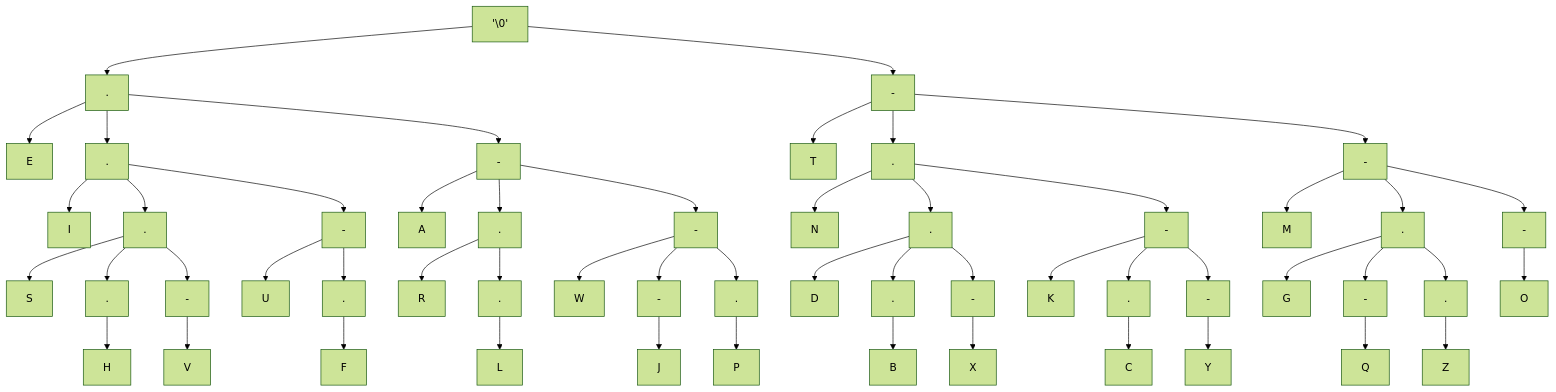
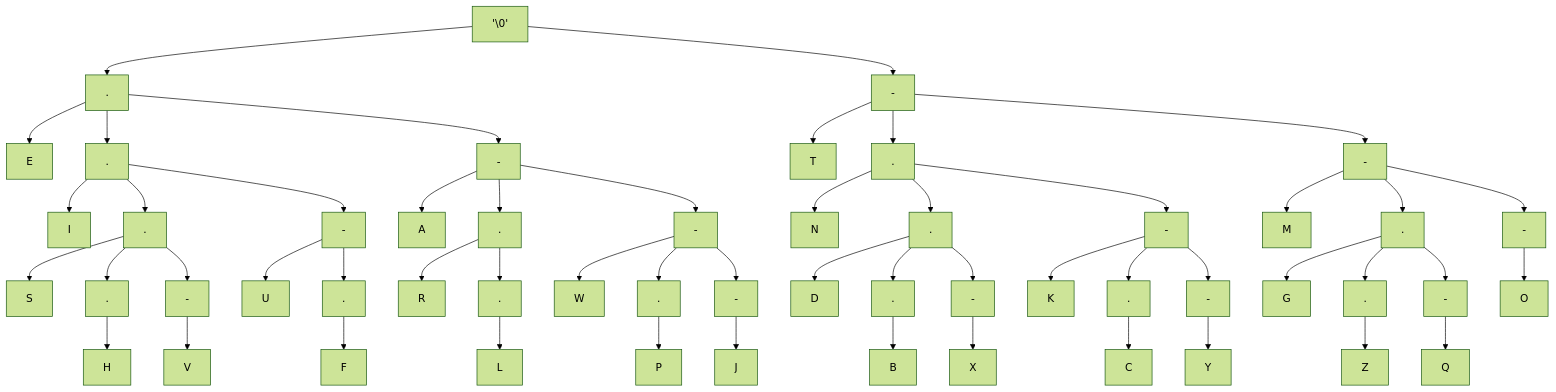
The second of 2 diagrams in morse-code/README.md (mmcnally1/arduino-projects), drawn with Mermaid (forest theme) before and after one commit. The commit also changed other lines of this file, not shown here.

````diff
--- a/morse-code/README.md
+++ b/morse-code/README.md
@@ -27,55 +27,55 @@
 ```mermaid
 graph TD;
 A['\0'] --> B[.]
 A['\0'] --> H[-]
 B[.] --> C[E]
 B[.] --> D[.]
 D[.] --> E[I]
 B[.] --> F[-]
 F[-] --> G[A]
 H[-] --> I[T]
 H[-] --> J[.]
 J[.] --> K[N]
 H[-] --> L[-]
 L[-] --> M[M]
 D[.] --> N[.]
 D[.] --> O[-]
 L[-] --> P[.]
 L[-] --> Q[-]
 F[-] --> R[.]
 F[-] --> S[-]
 N[.] --> V[S]
 N[.] --> T[.]
 N[.] --> U[-]
 J[.] --> W[.]
 J[.] --> X[-]
 O[-] --> Y[U]
 R[.] --> Z[R]
 W[.] --> AE[D]
 W[.] --> AA[.]
 AA[.] --> AB[B]
 X[-] --> AL[K]
 X[-] --> AC[.]
 AC[.] --> AD[C]
 O[-] --> AF[.]
 AF[.] --> AG[F]
 P[.] --> AH[G]
 T[.] --> AI[H]
 S[-] --> AU[W]
+S[-] --> AP[.]
 S[-] --> AJ[-]
 AJ[-] --> AK[J]
 R[.] --> AM[.]
 AM[.] --> AN[L]
 Q[-] --> AO[O]
-S[-] --> AP[.]
 AP[.] --> AQ[P]
+P[.] --> AZ[.]
 P[.] --> AR[-]
 AR[-] --> AS[Q]
 U[-] --> AT[V]
 W[.] --> AV[-]
 AV[-] --> AW[X]
 X[-] --> AX[-]
 AX[-] --> AY[Y]
-P[.] --> AZ[.]
 AZ[.] --> BA[Z]
 ```
````
